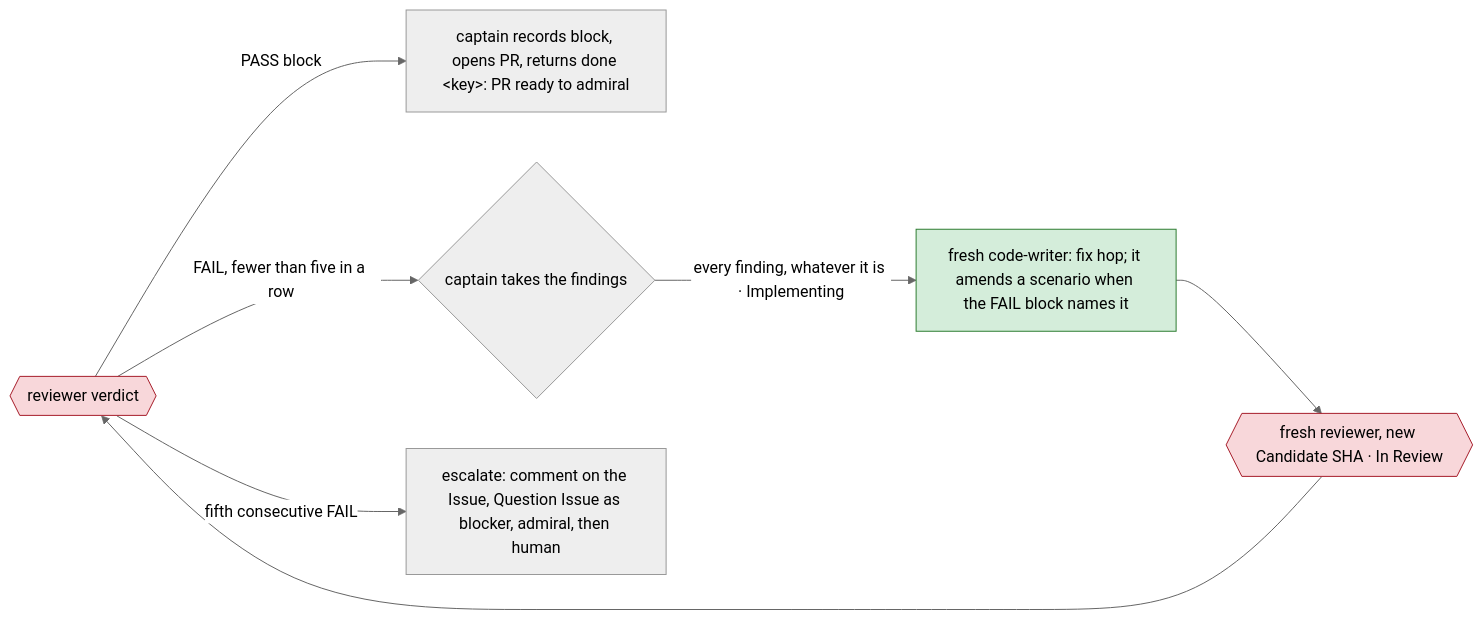
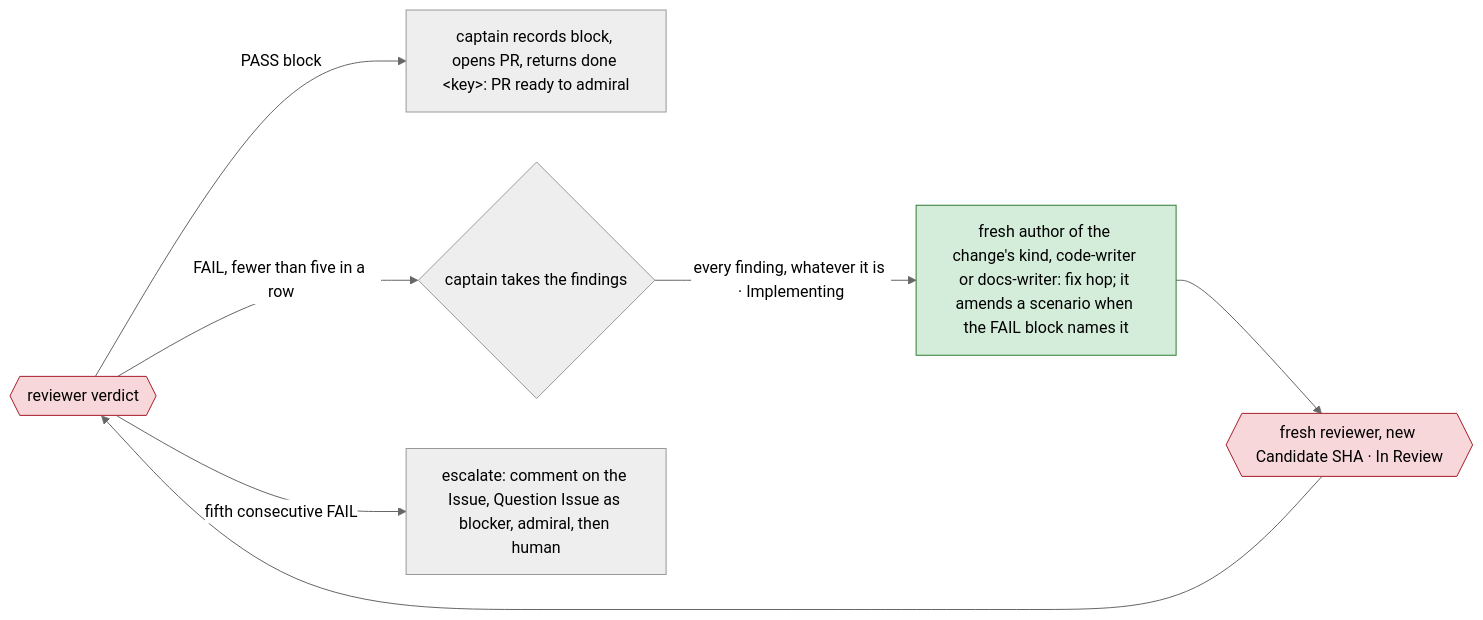
The sixth of 12 diagrams in dydo/understand/control-flow.md (bodnarbalazs/dydo), drawn with Mermaid (neutral theme) before and after one commit. The commit also changed other lines of this file and 29 other files, not shown here.

````diff
--- a/dydo/understand/control-flow.md
+++ b/dydo/understand/control-flow.md
@@ -464,11 +451,11 @@
 ```mermaid
 flowchart LR
   classDef crew fill:#d4edda,stroke:#2e7d32,color:#000
   classDef reviewer fill:#f8d7da,stroke:#a71d2a,color:#000
   RV{{reviewer verdict}}:::reviewer -->|PASS block| OK[captain records block, opens PR, returns done &lt;key&gt;: PR ready to admiral]
   RV -->|"FAIL, fewer than five in a row"| RT{captain takes the findings}
-  RT -->|"every finding, whatever it is · Implementing"| IM[fresh code-writer: fix hop; it amends a scenario when the FAIL block names it]:::crew
+  RT -->|"every finding, whatever it is · Implementing"| IM[fresh author of the change's kind, code-writer or docs-writer: fix hop; it amends a scenario when the FAIL block names it]:::crew
   IM --> FR{{fresh reviewer, new Candidate SHA · In Review}}:::reviewer
   FR --> RV
   RV -->|fifth consecutive FAIL| ESC[escalate: comment on the Issue, Question Issue as blocker, admiral, then human]
 ```
````
